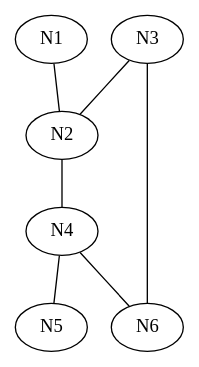
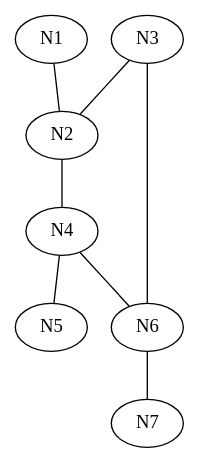
One commit to ParisNeo/QGraphViz changed the diagram in test.gv. Above: the diagram before and after it, drawn with Graphviz. The commit also changed 6 other files, not shown here.

Commit message:
Added dot graph parsing Added get node by name option to graph object

```diff
--- a/test.gv
+++ b/test.gv
@@ -1,14 +1,16 @@
 graph {
     Node1 [label=N1]
     Node2 [label=N2]
     Node3 [label=N3]
     Node4 [label=N4]
     Node5 [label=N5]
     Node6 [label=N6]
+    Node7 [label=N7]
     Node1 -- Node2
     Node3 -- Node2
     Node2 -- Node4
     Node4 -- Node5
     Node4 -- Node6
     Node3 -- Node6
+    Node6 -- Node7
 }
```
